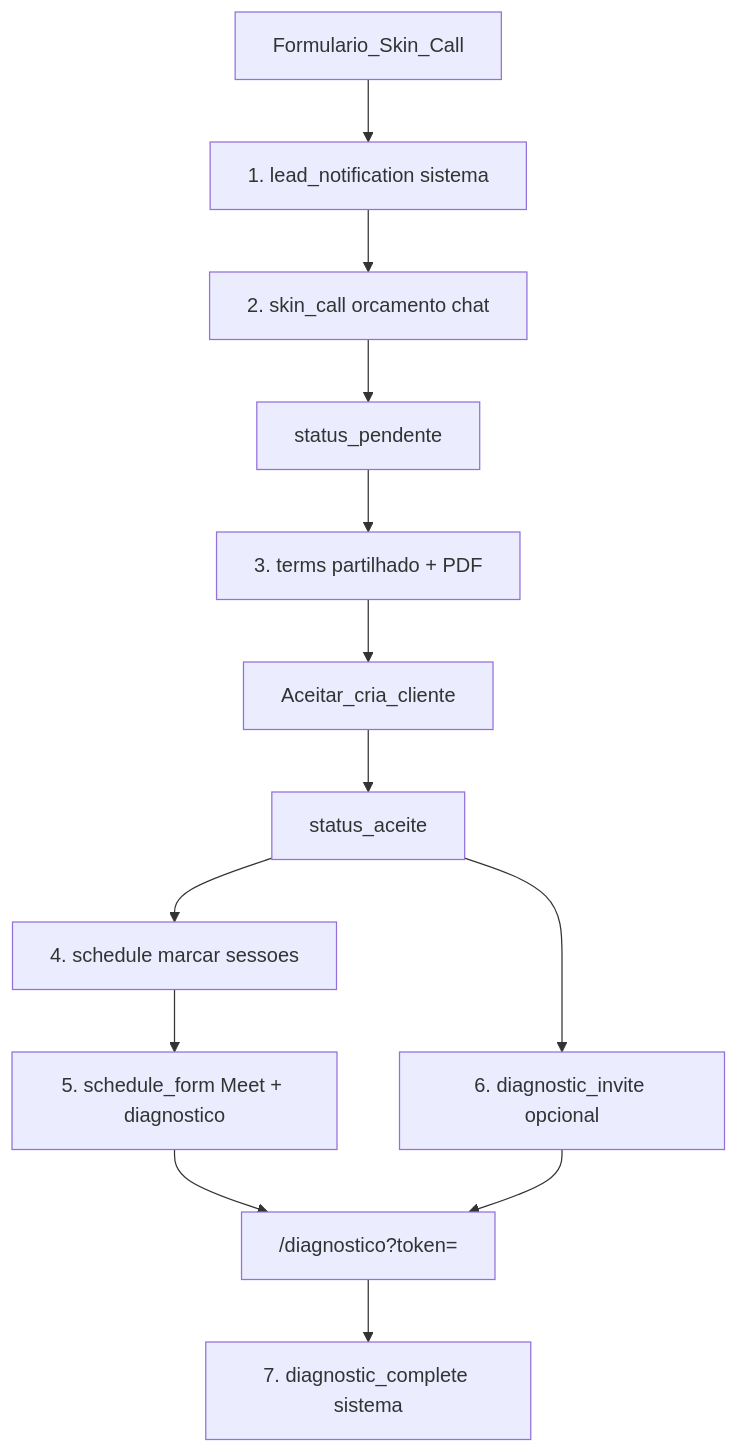
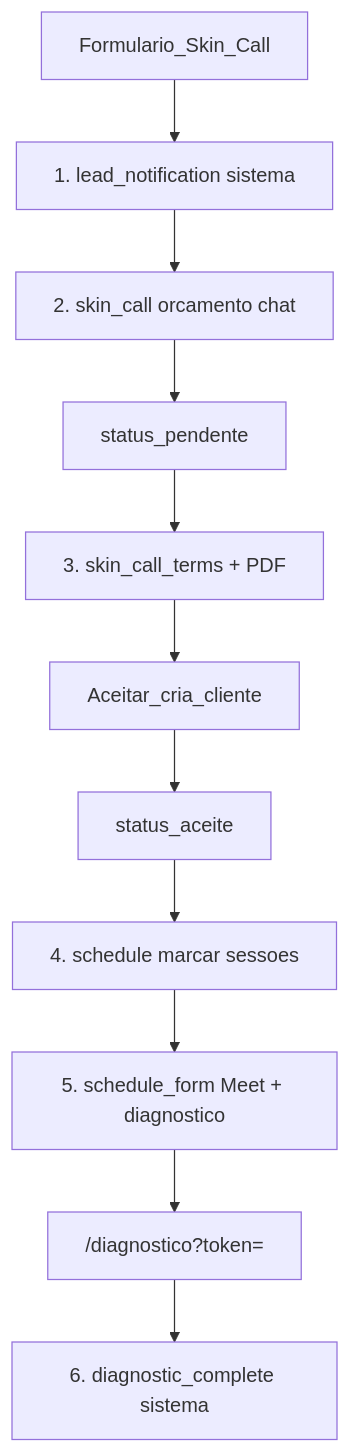
Before and after one commit to jaimevidex/miana: the third of 4 diagrams in docs/EMAIL-FLOWS.md, drawn with Mermaid. The commit also changed other lines of this file and 23 other files, not shown here.

````diff
--- a/docs/EMAIL-FLOWS.md
+++ b/docs/EMAIL-FLOWS.md
@@ -84,16 +77,14 @@
 ```mermaid
 flowchart TD
   submit[Formulario_Skin_Call]
   submit --> notif["1. lead_notification sistema"]
   notif --> quote["2. skin_call orcamento chat"]
   quote --> pendente[status_pendente]
-  pendente --> terms["3. terms partilhado + PDF"]
+  pendente --> terms["3. skin_call_terms + PDF"]
   terms --> accept[Aceitar_cria_cliente]
   accept --> aceite[status_aceite]
   aceite --> sched["4. schedule marcar sessoes"]
   sched --> meet["5. schedule_form Meet + diagnostico"]
-  aceite --> invite["6. diagnostic_invite opcional"]
   meet --> diagPage["/diagnostico?token="]
-  invite --> diagPage
-  diagPage --> done["7. diagnostic_complete sistema"]
+  diagPage --> done["6. diagnostic_complete sistema"]
 ```
````
